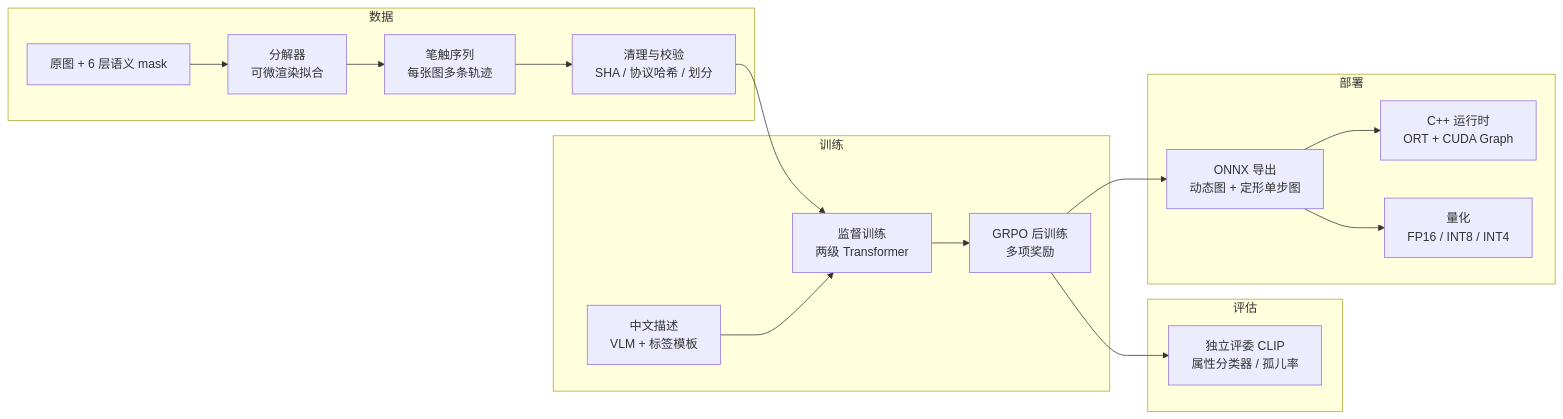
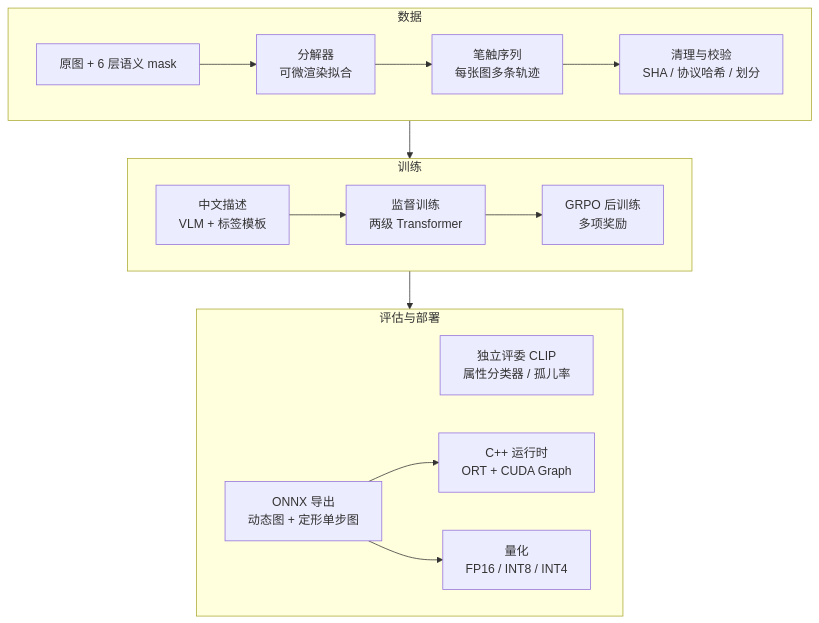
Before and after one commit to G1en-114/layered-primitive-painter: the diagram in docs/architecture.md, drawn with Mermaid. The commit also changed 2 other files, not shown here.

Commit message:
Architecture doc as PDF (tools/md_to_pdf.py: markdown + mermaid -> headless Chromium, CJK fonts, page numbers); diagram re-laid out top-down so it fits A4

````diff
--- a/docs/architecture.md
+++ b/docs/architecture.md
@@ -16,21 +16,18 @@
 ```mermaid
-flowchart LR
-  subgraph 数据
-    A[原图 + 6 层语义 mask] --> B[分解器<br/>可微渲染拟合]
-    B --> C[笔触序列<br/>每张图多条轨迹]
-    C --> D[清理与校验<br/>SHA / 协议哈希 / 划分]
+flowchart TB
+  subgraph S1[数据]
+    direction LR
+    A[原图 + 6 层语义 mask] --> B[分解器<br/>可微渲染拟合] --> C[笔触序列<br/>每张图多条轨迹] --> D[清理与校验<br/>SHA / 协议哈希 / 划分]
   end
-  subgraph 训练
-    D --> E[监督训练<br/>两级 Transformer]
-    T[中文描述<br/>VLM + 标签模板] --> E
-    E --> F[GRPO 后训练<br/>多项奖励]
+  subgraph S2[训练]
+    direction LR
+    T[中文描述<br/>VLM + 标签模板] --> E[监督训练<br/>两级 Transformer] --> F[GRPO 后训练<br/>多项奖励]
   end
-  subgraph 评估
-    F --> G[独立评委 CLIP<br/>属性分类器 / 孤儿率]
-  end
-  subgraph 部署
-    F --> H[ONNX 导出<br/>动态图 + 定形单步图]
-    H --> I[C++ 运行时<br/>ORT + CUDA Graph]
+  subgraph S3[评估与部署]
+    direction LR
+    G[独立评委 CLIP<br/>属性分类器 / 孤儿率]
+    H[ONNX 导出<br/>动态图 + 定形单步图] --> I[C++ 运行时<br/>ORT + CUDA Graph]
     H --> J[量化<br/>FP16 / INT8 / INT4]
   end
+  S1 --> S2 --> S3
 ```
````
